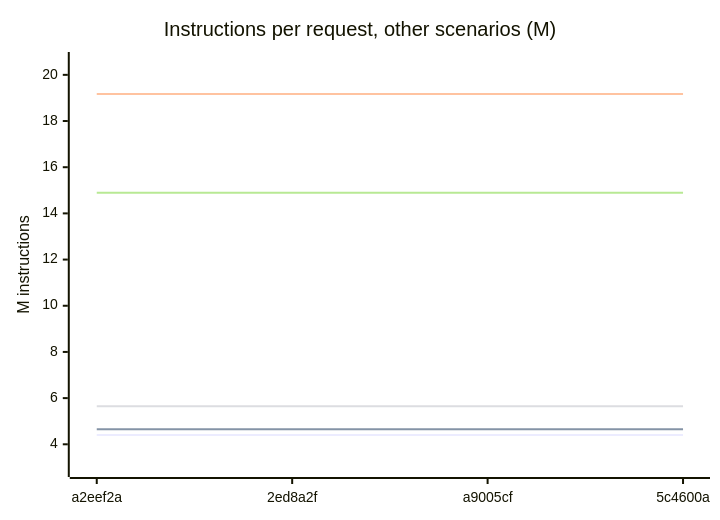
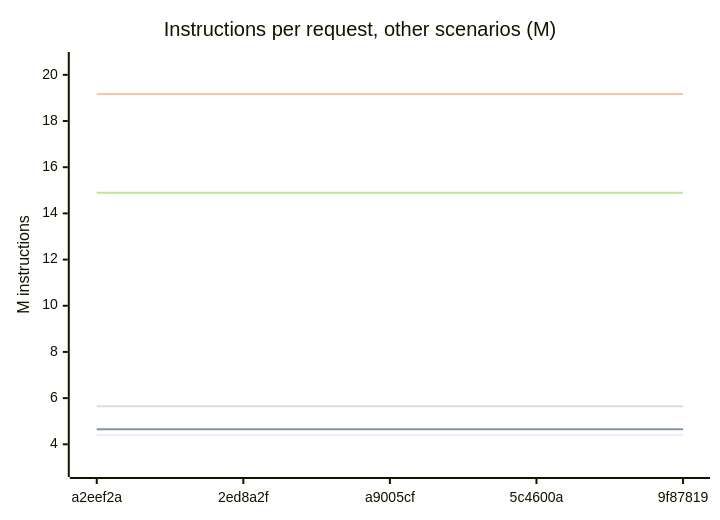
The third of 7 diagrams in CHART.md (Karakatiza666/roc-cloudflare-workers), drawn with Mermaid before and after one commit. The commit also changed other lines of this file and 2 other files, not shown here.

````diff
--- a/CHART.md
+++ b/CHART.md
@@ -37,11 +37,11 @@
 ```mermaid
 xychart-beta
     title "Instructions per request, other scenarios (M)"
-    x-axis ["a2eef2a", "2ed8a2f", "a9005cf", "5c4600a"]
+    x-axis ["a2eef2a", "2ed8a2f", "a9005cf", "5c4600a", "9f87819"]
     y-axis "M instructions" 2.9302 --> 20.643
-    line [4.4062, 4.4062, 4.4062, 4.4062]
-    line [4.6469, 4.6469, 4.6469, 4.6469]
-    line [19.167, 19.167, 19.167, 19.167]
-    line [5.6463, 5.6463, 5.6463, 5.6463]
-    line [14.894, 14.894, 14.894, 14.894]
+    line [4.4062, 4.4062, 4.4062, 4.4062, 4.4062]
+    line [4.6469, 4.6469, 4.6469, 4.6469, 4.6469]
+    line [19.167, 19.167, 19.167, 19.167, 19.167]
+    line [5.6463, 5.6463, 5.6463, 5.6463, 5.6463]
+    line [14.894, 14.894, 14.894, 14.894, 14.894]
 ```
````
